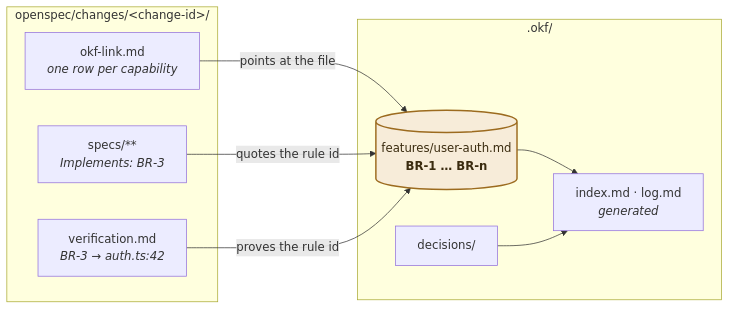
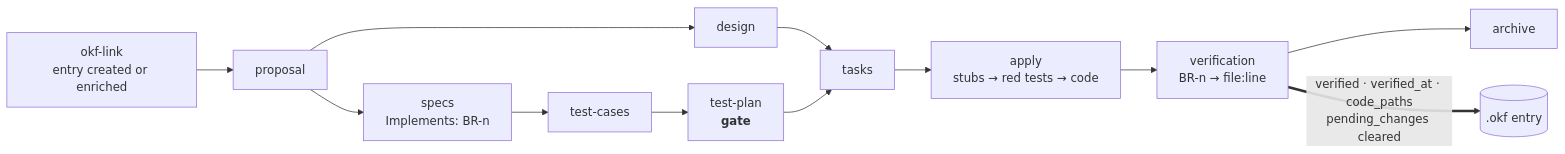
One commit to amagumolabs/okf-kit changed the second of 2 diagrams in docs/workflow-at-a-glance.md. Above: the diagram before and after it, drawn with Mermaid. The commit also changed other lines of this file and 264 other files, not shown here.

````diff
--- a/docs/workflow-at-a-glance.md
+++ b/docs/workflow-at-a-glance.md
@@ -156,23 +38,10 @@
 ```mermaid
 flowchart LR
-    subgraph CH["openspec/changes/&lt;change-id&gt;/"]
-        L["okf-link.md<br/><i>one row per capability</i>"]
-        S["specs/**<br/><i>Implements: BR-3</i>"]
-        V["verification.md<br/><i>BR-3 → auth.ts:42</i>"]
-    end
-
-    subgraph KB[".okf/"]
-        F[("features/user-auth.md<br/><b>BR-1 … BR-n</b>")]
-        D["decisions/"]
-        I["index.md · log.md<br/><i>generated</i>"]
-    end
-
-    L -- "points at the file" --> F
-    S -- "quotes the rule id" --> F
-    V -- "proves the rule id" --> F
-    F --> I
-    D --> I
-
-    classDef okf fill:#f7ecd9,stroke:#9c6b1f,color:#3a2b0f,stroke-width:2px
-    class F okf
+    OL["okf-link<br/>entry created or enriched"] --> P["proposal"] --> S["specs<br/>Implements: BR-n"]
+    P --> DS["design"]
+    S --> TC["test-cases"] --> TP["test-plan<br/><b>gate</b>"]
+    DS --> TK["tasks"]
+    TP --> TK --> A["apply<br/>stubs → red tests → code"]
+    A --> V["verification<br/>BR-n → file:line"] --> AR["archive"]
+    V ==>|"verified · verified_at · code_paths<br/>pending_changes cleared"| OKF[(".okf entry")]
 ```
````
